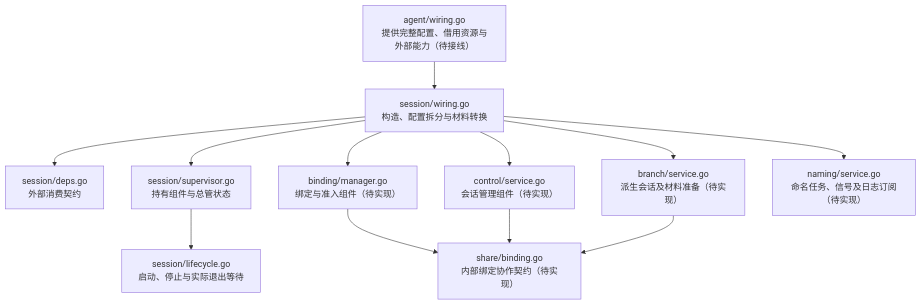
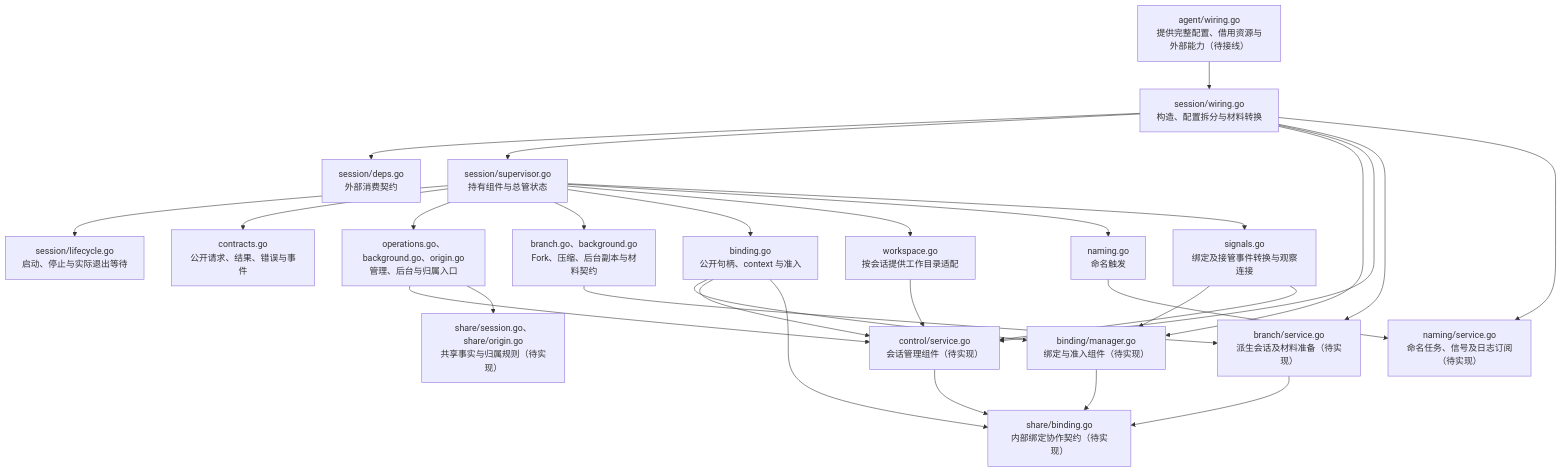
The seventh of 7 diagrams in devdocs/app-design.md (Elflare/elbot), drawn with Mermaid before and after one commit. The commit also changed other lines of this file and 11 other files, not shown here.

````diff
--- a/devdocs/app-design.md
+++ b/devdocs/app-design.md
@@ -355,12 +382,26 @@
 ```mermaid
 flowchart TD
     A["agent/wiring.go<br/>提供完整配置、借用资源与外部能力（待接线）"] --> W["session/wiring.go<br/>构造、配置拆分与材料转换"]
     W --> D["session/deps.go<br/>外部消费契约"]
     W --> S["session/supervisor.go<br/>持有组件与总管状态"]
     S --> L["session/lifecycle.go<br/>启动、停止与实际退出等待"]
     W --> B["binding/manager.go<br/>绑定与准入组件（待实现）"]
     W --> C["control/service.go<br/>会话管理组件（待实现）"]
     W --> R["branch/service.go<br/>派生会话及材料准备（待实现）"]
     W --> N["naming/service.go<br/>命名任务、信号及日志订阅（待实现）"]
     B & C & R --> H["share/binding.go<br/>内部绑定协作契约（待实现）"]
+    S --> API["contracts.go<br/>公开请求、结果、错误与事件"]
+    S --> O["operations.go、background.go、origin.go<br/>管理、后台与归属入口"]
+    O --> C
+    O --> F["share/session.go、share/origin.go<br/>共享事实与归属规则（待实现）"]
+    S --> P["branch.go、background.go<br/>Fork、压缩、后台副本与材料契约"]
+    P --> R
+    S --> BC["binding.go<br/>公开句柄、context 与准入"]
+    BC --> B & C & H
+    S --> WS["workspace.go<br/>按会话提供工作目录适配"]
+    WS --> C
+    S --> NT["naming.go<br/>命名触发"]
+    NT --> N
+    S --> E["signals.go<br/>绑定及接管事件转换与观察连接"]
+    E --> B & C
 ```
````
